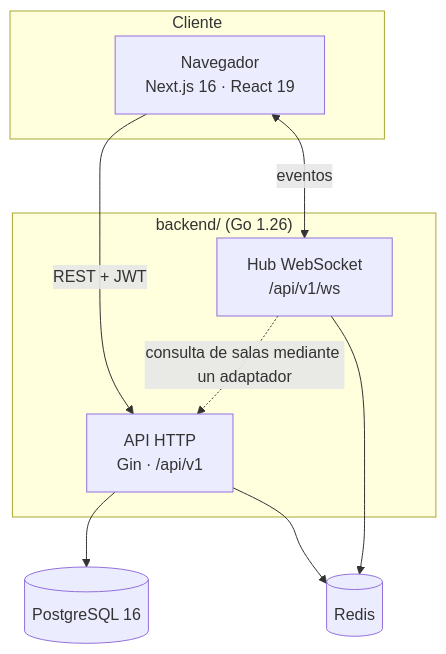
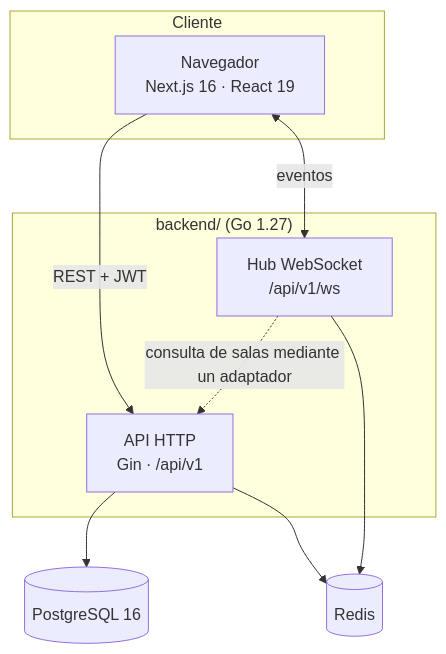
The first of 6 diagrams in docs/es/architecture.md (TonyGLL/webchat), drawn with Mermaid before and after one commit. The commit also changed 184 other files, not shown here.

````diff
--- a/docs/es/architecture.md
+++ b/docs/es/architecture.md
@@ -9,18 +9,18 @@
 ```mermaid
 flowchart TB
     subgraph Cliente
         B[Navegador<br/>Next.js 16 · React 19]
     end
-    subgraph Server["backend/ (Go 1.26)"]
+    subgraph Server["backend/ (Go 1.27)"]
         H[API HTTP<br/>Gin · /api/v1]
         W[Hub WebSocket<br/>/api/v1/ws]
     end
     PG[(PostgreSQL 16)]
     R[(Redis)]
     B -- "REST + JWT" --> H
     B <-- "eventos" --> W
     H --> PG
     H --> R
     W --> R
     W -. "consulta de salas mediante un adaptador" .-> H
 ```
````
